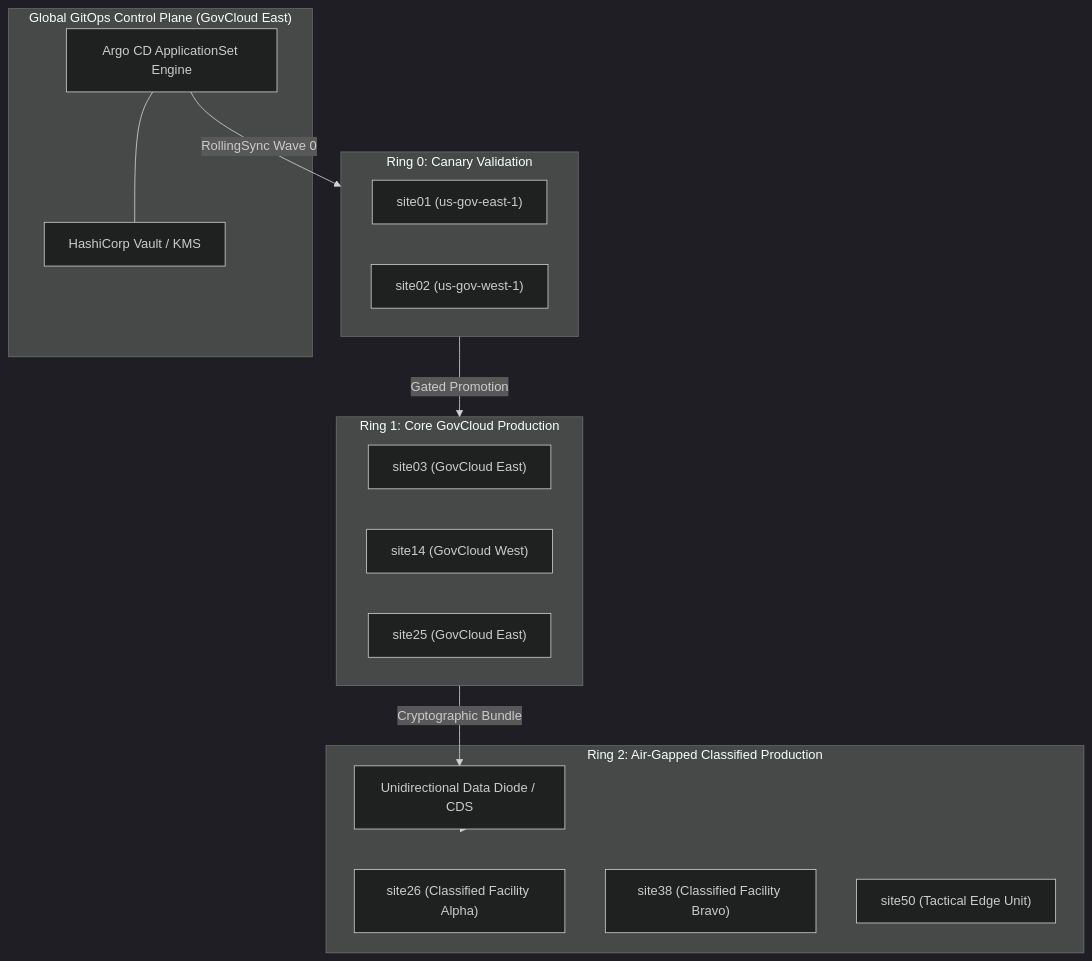
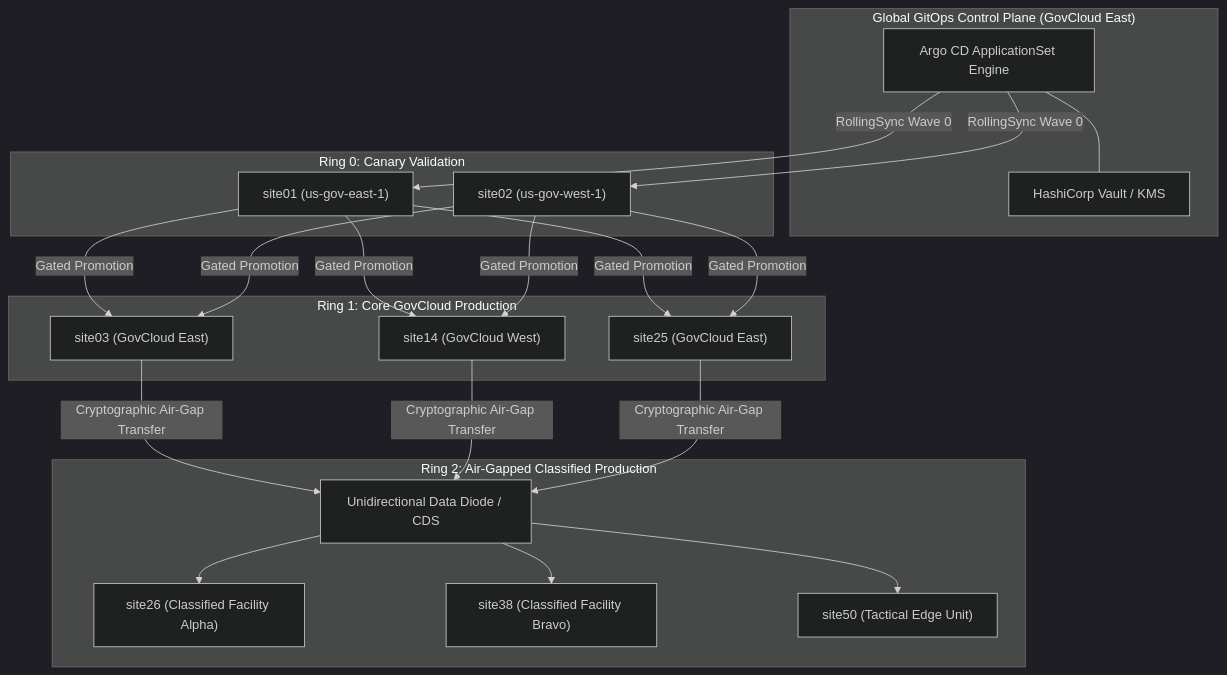
One commit to FreeFades2Black/enterprise-platform-portal changed the diagram in docs/fleet-overview/topology.md. Above: the diagram before and after it, drawn with Mermaid (dark theme).

Commit message:
fix(docs): connect nodes directly in topology Mermaid diagram

````diff
--- a/docs/fleet-overview/topology.md
+++ b/docs/fleet-overview/topology.md
@@ -19,31 +19,31 @@
 ```mermaid
 graph TB
     subgraph FleetControl["Global GitOps Control Plane (GovCloud East)"]
         ArgoMaster["Argo CD ApplicationSet Engine"]
         Vault["HashiCorp Vault / KMS"]
         ArgoMaster --- Vault
     end
 
     subgraph Ring0["Ring 0: Canary Validation"]
         S01["site01 (us-gov-east-1)"]
         S02["site02 (us-gov-west-1)"]
     end
 
     subgraph Ring1["Ring 1: Core GovCloud Production"]
         S03["site03 (GovCloud East)"]
         S14["site14 (GovCloud West)"]
         S25["site25 (GovCloud East)"]
     end
 
     subgraph Ring2["Ring 2: Air-Gapped Classified Production"]
         Diode["Unidirectional Data Diode / CDS"]
         S26["site26 (Classified Facility Alpha)"]
         S38["site38 (Classified Facility Bravo)"]
         S50["site50 (Tactical Edge Unit)"]
     end
 
-    ArgoMaster -->|"RollingSync Wave 0"| Ring0
-    Ring0 -->|"Gated Promotion"| Ring1
-    Ring1 -->|"Cryptographic Bundle"| Diode
-    Diode --> Ring2
+    ArgoMaster -->|"RollingSync Wave 0"| S01 & S02
+    S01 & S02 -->|"Gated Promotion"| S03 & S14 & S25
+    S03 & S14 & S25 -->|"Cryptographic Air-Gap Transfer"| Diode
+    Diode --> S26 & S38 & S50
 ```
````
